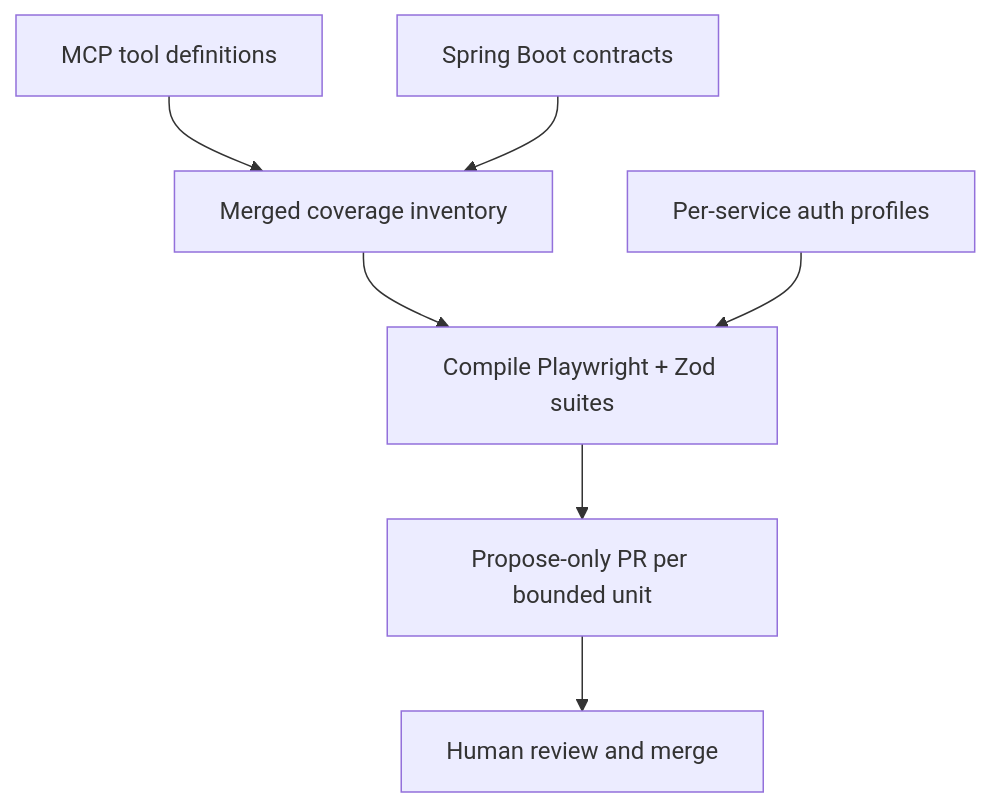
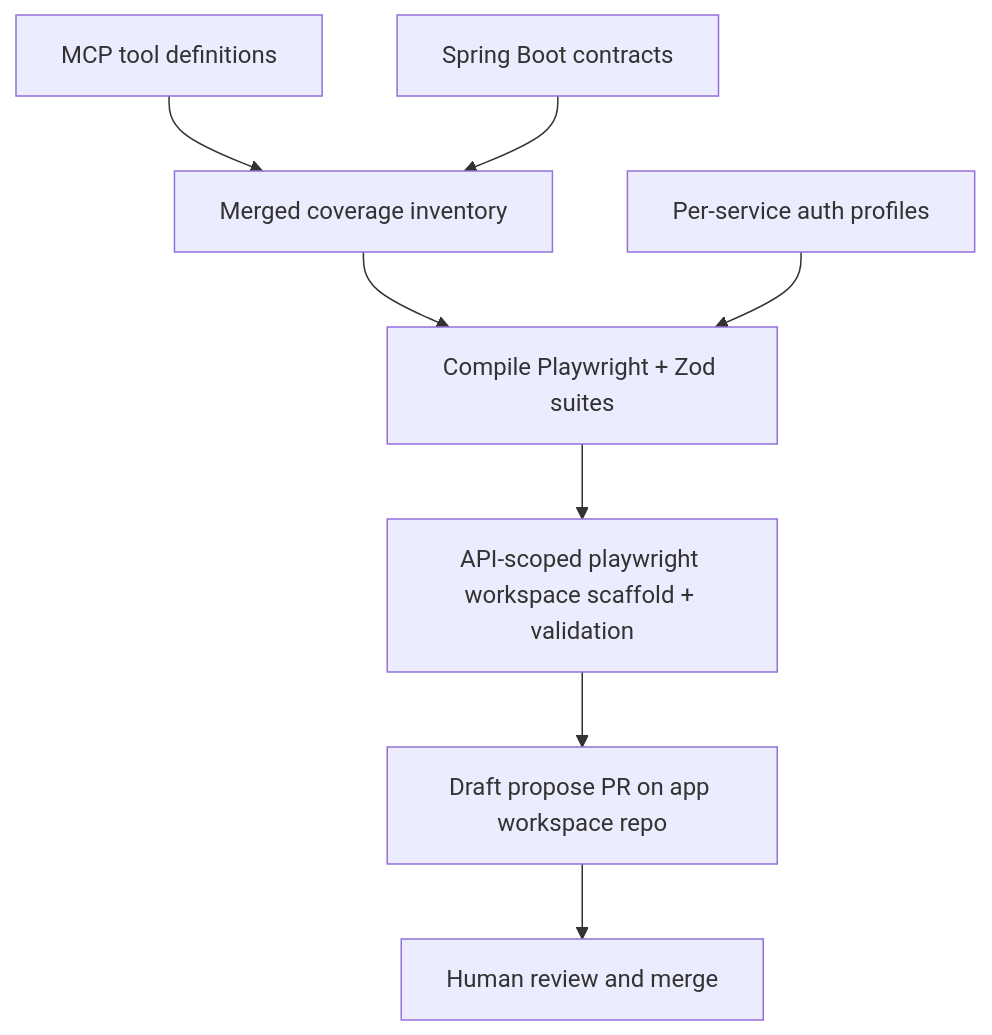
One commit to asub927/api-automation-factory changed the first of 2 diagrams in docs/plans/2026-09-04-001-feat-api-automation-factory-plan.md. Above: the diagram before and after it, drawn with Mermaid. The commit also changed other lines of this file and 59 other files, not shown here.

First line of the commit message:
feat: land Playwright suites in app workspace repos (#6)

````diff
--- a/docs/plans/2026-09-04-001-feat-api-automation-factory-plan.md
+++ b/docs/plans/2026-09-04-001-feat-api-automation-factory-plan.md
@@ -47,9 +52,10 @@
 ```mermaid
 flowchart TB
   MCP[MCP tool definitions] --> Inv[Merged coverage inventory]
   Spring[Spring Boot contracts] --> Inv
   Inv --> Emit[Compile Playwright + Zod suites]
   Auth[Per-service auth profiles] --> Emit
-  Emit --> PR[Propose-only PR per bounded unit]
+  Emit --> Scaffold[API-scoped playwright workspace scaffold + validation]
+  Scaffold --> PR[Draft propose PR on app workspace repo]
   PR --> Human[Human review and merge]
 ```
````
